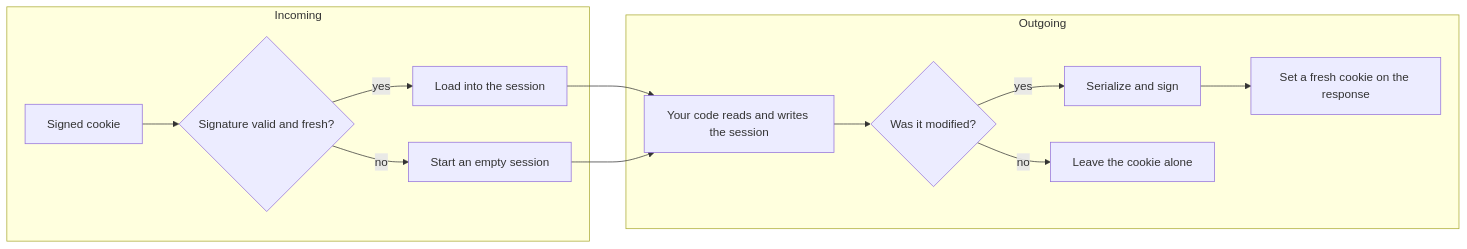
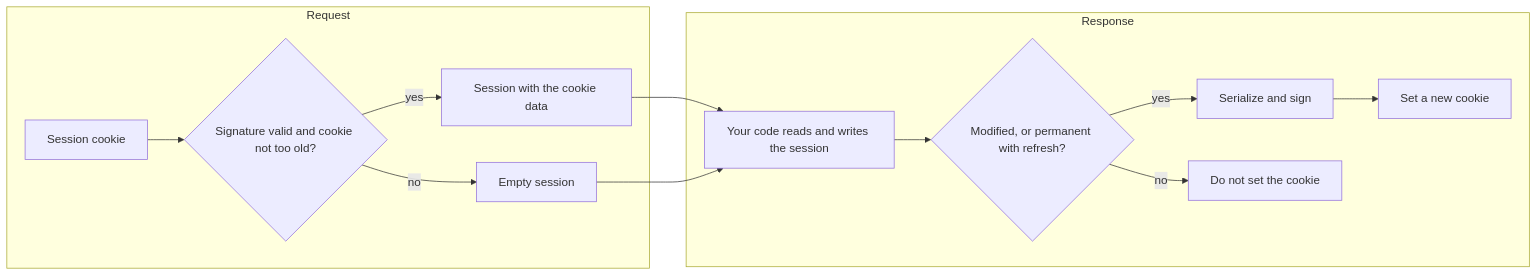
One commit to KeunwooPark/cluedoc changed the first of 3 diagrams in docs/examples/flask/.cluedoc/sessions-and-secure-cookies/README.md. Above: the diagram before and after it, drawn with Mermaid. The commit also changed other lines of this file and 22 other files, not shown here.

````diff
--- a/docs/examples/flask/.cluedoc/sessions-and-secure-cookies/README.md
+++ b/docs/examples/flask/.cluedoc/sessions-and-secure-cookies/README.md
@@ -10,16 +11,16 @@
 ```mermaid
 flowchart LR
-    subgraph Incoming
-        C1[Signed cookie] --> VER{Signature valid and fresh?}
-        VER -->|yes| LOAD[Load into the session]
-        VER -->|no| EMPTY[Start an empty session]
+    subgraph IN ["Request"]
+        C1["Session cookie"] --> VER{"Signature valid and cookie not too old?"}
+        VER -->|"yes"| LOAD["Session with the cookie data"]
+        VER -->|"no"| EMPTY["Empty session"]
     end
-    LOAD --> USE[Your code reads and writes the session]
+    LOAD --> USE["Your code reads and writes the session"]
     EMPTY --> USE
-    subgraph Outgoing
-        USE --> CHG{Was it modified?}
-        CHG -->|yes| SIGN[Serialize and sign]
-        SIGN --> SET[Set a fresh cookie on the response]
-        CHG -->|no| SKIP[Leave the cookie alone]
+    subgraph OUT ["Response"]
+        USE --> CHG{"Modified, or permanent with refresh?"}
+        CHG -->|"yes"| SIGN["Serialize and sign"]
+        SIGN --> SET["Set a new cookie"]
+        CHG -->|"no"| SKIP["Do not set the cookie"]
     end
 ```
````
